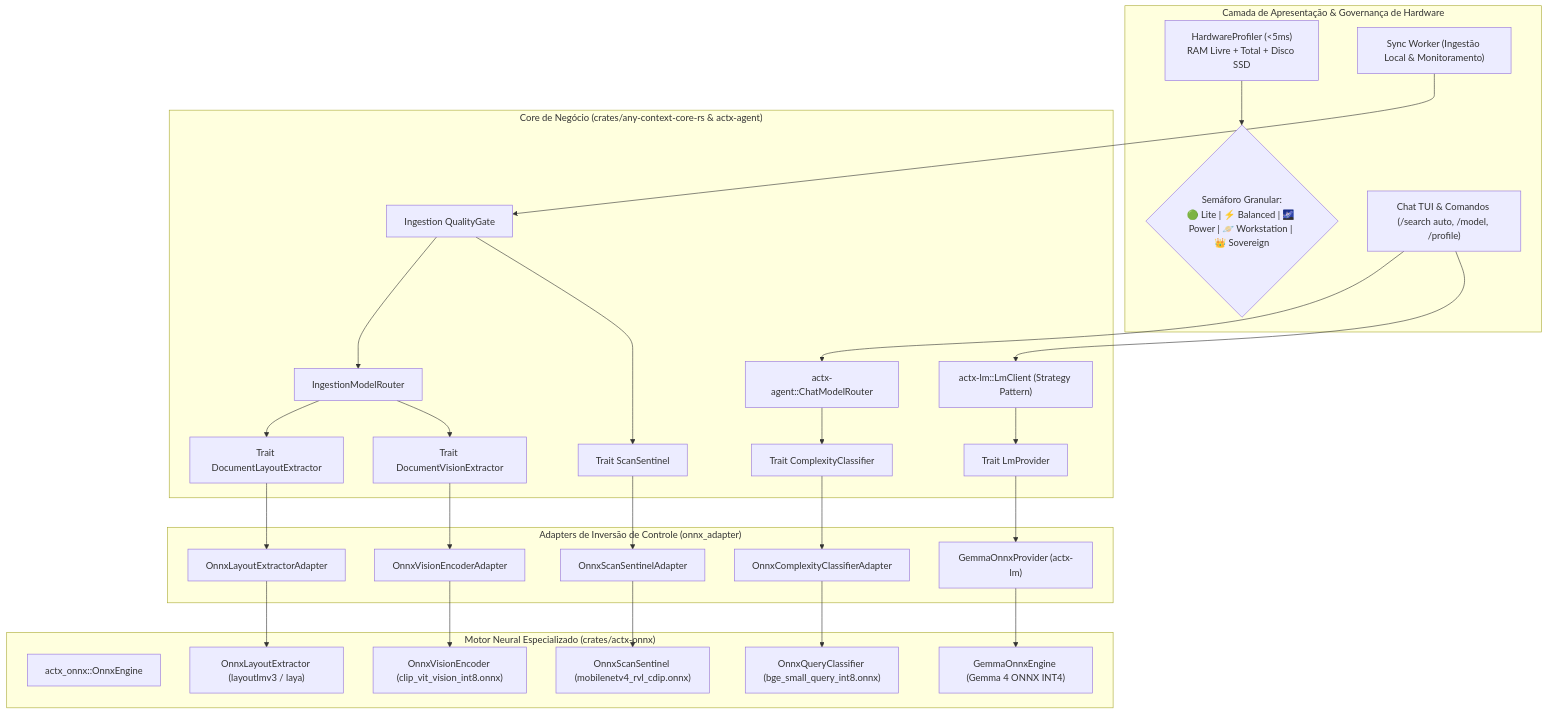
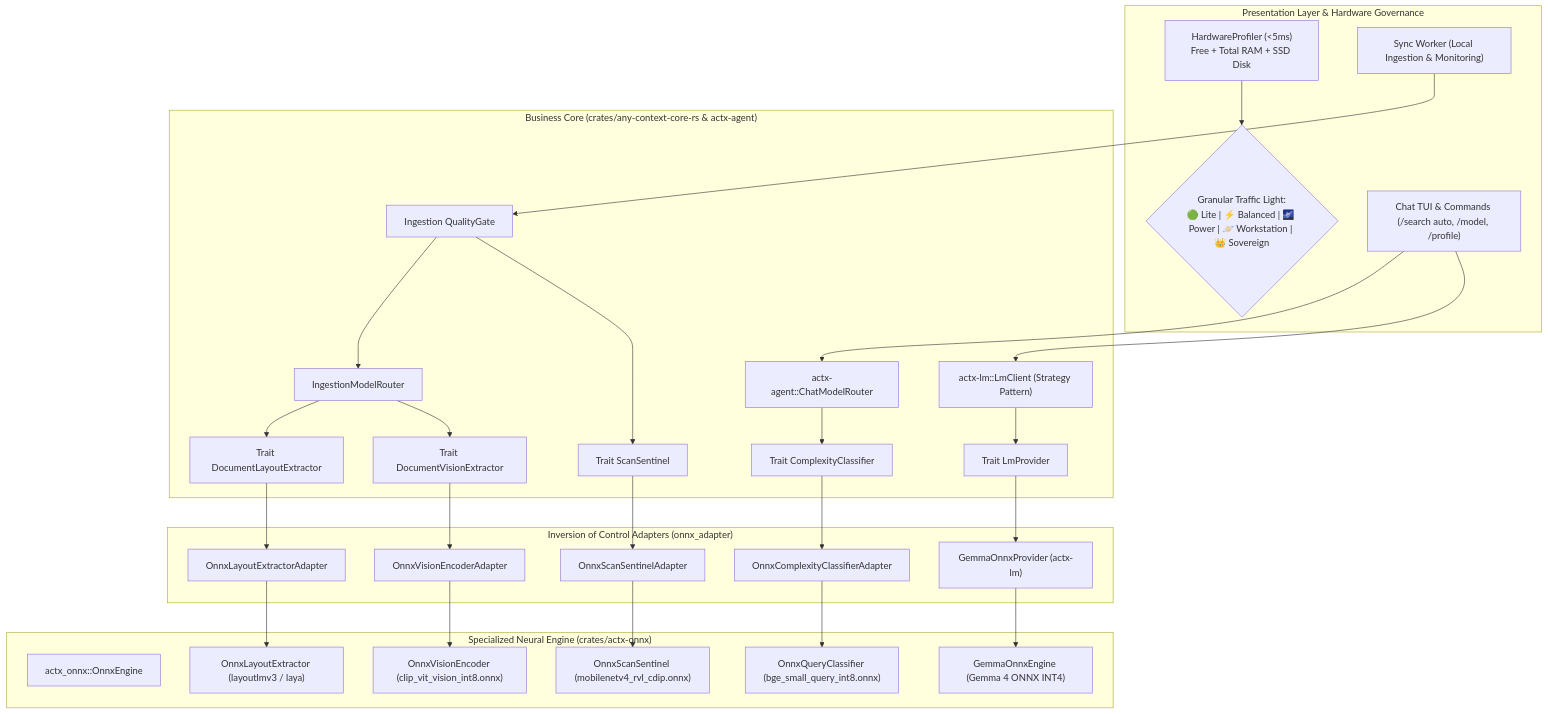
One commit to Levix-Digital/any-context changed the diagram in docs/plans/anycontext_anycontext_v0380_ativacao_onnx_em_producao_e_cerebro_local_autonomo_gemma_4.md. Above: the diagram before and after it, drawn with Mermaid. The commit also changed other lines of this file, not shown here.

First line of the commit message:
docs(plans): translate the second v0.38.0 ONNX and Gemma plan to English

````diff
--- a/docs/plans/anycontext_anycontext_v0380_ativacao_onnx_em_producao_e_cerebro_local_autonomo_gemma_4.md
+++ b/docs/plans/anycontext_anycontext_v0380_ativacao_onnx_em_producao_e_cerebro_local_autonomo_gemma_4.md
@@ -99,63 +99,63 @@
 ```mermaid
 graph TD
-    subgraph "Camada de Apresentação & Governança de Hardware"
-        SYSINFO["HardwareProfiler (<5ms)<br/>RAM Livre + Total + Disco SSD"]
-        SEMAPHORE{"Semáforo Granular:<br/>🟢 Lite | ⚡ Balanced | 🌌 Power | 🪐 Workstation | 👑 Sovereign"}
-        CLI_INPUT["Chat TUI & Comandos (/search auto, /model, /profile)"]
-        SYNC_WORKER["Sync Worker (Ingestão Local & Monitoramento)"]
+    subgraph "Presentation Layer & Hardware Governance"
+        SYSINFO["HardwareProfiler (<5ms)<br/>Free + Total RAM + SSD Disk"]
+        SEMAPHORE{"Granular Traffic Light:<br/>🟢 Lite | ⚡ Balanced | 🌌 Power | 🪐 Workstation | 👑 Sovereign"}
+        CLI_INPUT["Chat TUI & Commands (/search auto, /model, /profile)"]
+        SYNC_WORKER["Sync Worker (Local Ingestion & Monitoring)"]
     end
 
-    subgraph "Core de Negócio (crates/any-context-core-rs & actx-agent)"
+    subgraph "Business Core (crates/any-context-core-rs & actx-agent)"
         CHAT_ROUTER["actx-agent::ChatModelRouter"]
         QUALITY_GATE["Ingestion QualityGate"]
         INGESTION_ROUTER["IngestionModelRouter"]
         LM_FACADE["actx-lm::LmClient (Strategy Pattern)"]
         
         TRAIT_COMPLEXITY["Trait ComplexityClassifier"]
         TRAIT_SENTINEL["Trait ScanSentinel"]
         TRAIT_LAYOUT["Trait DocumentLayoutExtractor"]
         TRAIT_VISION["Trait DocumentVisionExtractor"]
         TRAIT_LM["Trait LmProvider"]
     end
 
-    subgraph "Adapters de Inversão de Controle (onnx_adapter)"
+    subgraph "Inversion of Control Adapters (onnx_adapter)"
         ADAPTER_COMPLEXITY["OnnxComplexityClassifierAdapter"]
         ADAPTER_SENTINEL["OnnxScanSentinelAdapter"]
         ADAPTER_LAYOUT["OnnxLayoutExtractorAdapter"]
         ADAPTER_VISION["OnnxVisionEncoderAdapter"]
         ADAPTER_GEMMA["GemmaOnnxProvider (actx-lm)"]
     end
 
-    subgraph "Motor Neural Especializado (crates/actx-onnx)"
+    subgraph "Specialized Neural Engine (crates/actx-onnx)"
         ONNX_ENGINE["actx_onnx::OnnxEngine"]
         BGE_CLASSIFIER["OnnxQueryClassifier (bge_small_query_int8.onnx)"]
         MOBILE_SENTINEL["OnnxScanSentinel (mobilenetv4_rvl_cdip.onnx)"]
         LAYOUT_EXTRACTOR["OnnxLayoutExtractor (layoutlmv3 / laya)"]
         VISION_ENCODER["OnnxVisionEncoder (clip_vit_vision_int8.onnx)"]
         GEMMA_ENGINE["GemmaOnnxEngine (Gemma 4 ONNX INT4)"]
     end
 
     SYSINFO --> SEMAPHORE
     CLI_INPUT --> CHAT_ROUTER
     CLI_INPUT --> LM_FACADE
     SYNC_WORKER --> QUALITY_GATE
     QUALITY_GATE --> INGESTION_ROUTER
 
     CHAT_ROUTER --> TRAIT_COMPLEXITY
     QUALITY_GATE --> TRAIT_SENTINEL
     INGESTION_ROUTER --> TRAIT_LAYOUT
     INGESTION_ROUTER --> TRAIT_VISION
     LM_FACADE --> TRAIT_LM
 
     TRAIT_COMPLEXITY --> ADAPTER_COMPLEXITY
     TRAIT_SENTINEL --> ADAPTER_SENTINEL
     TRAIT_LAYOUT --> ADAPTER_LAYOUT
     TRAIT_VISION --> ADAPTER_VISION
     TRAIT_LM --> ADAPTER_GEMMA
 
     ADAPTER_COMPLEXITY --> BGE_CLASSIFIER
     ADAPTER_SENTINEL --> MOBILE_SENTINEL
     ADAPTER_LAYOUT --> LAYOUT_EXTRACTOR
     ADAPTER_VISION --> VISION_ENCODER
     ADAPTER_GEMMA --> GEMMA_ENGINE
 ```
````
